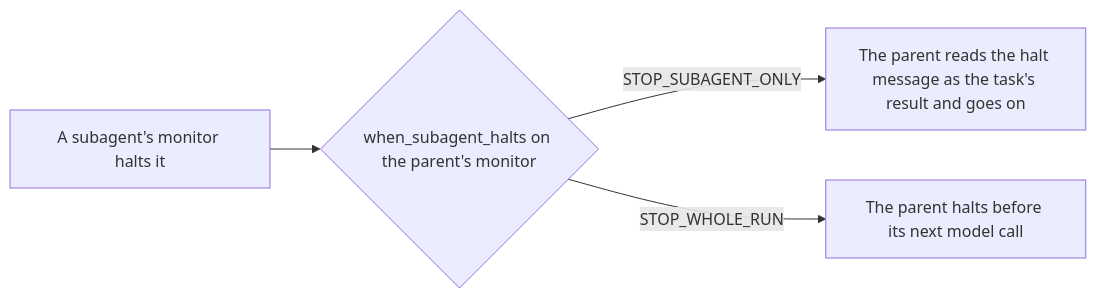
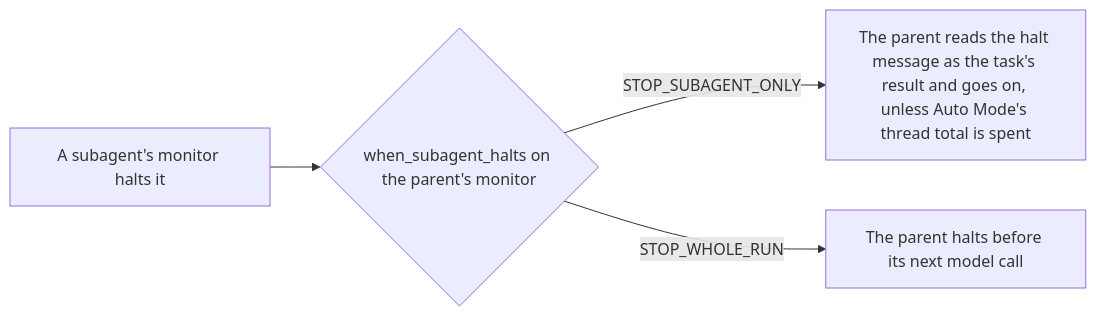
One commit to omamori-lab/langchain-sync-monitors changed the second of 2 diagrams in docs/how-to/monitor-deep-agents-subagents.md. Above: the diagram before and after it, drawn with Mermaid. The commit also changed other lines of this file and 6 other files, not shown here.

````diff
--- a/docs/how-to/monitor-deep-agents-subagents.md
+++ b/docs/how-to/monitor-deep-agents-subagents.md
@@ -159,6 +159,6 @@
 ```mermaid
 flowchart LR
     halt["A subagent's monitor halts it"] --> choice{"when_subagent_halts on the parent's monitor"}
-    choice -- "STOP_SUBAGENT_ONLY" --> report["The parent reads the halt message as the task's result and goes on"]
+    choice -- "STOP_SUBAGENT_ONLY" --> report["The parent reads the halt message as the task's result and goes on, unless Auto Mode's thread total is spent"]
     choice -- "STOP_WHOLE_RUN" --> stop["The parent halts before its next model call"]
 ```
````
